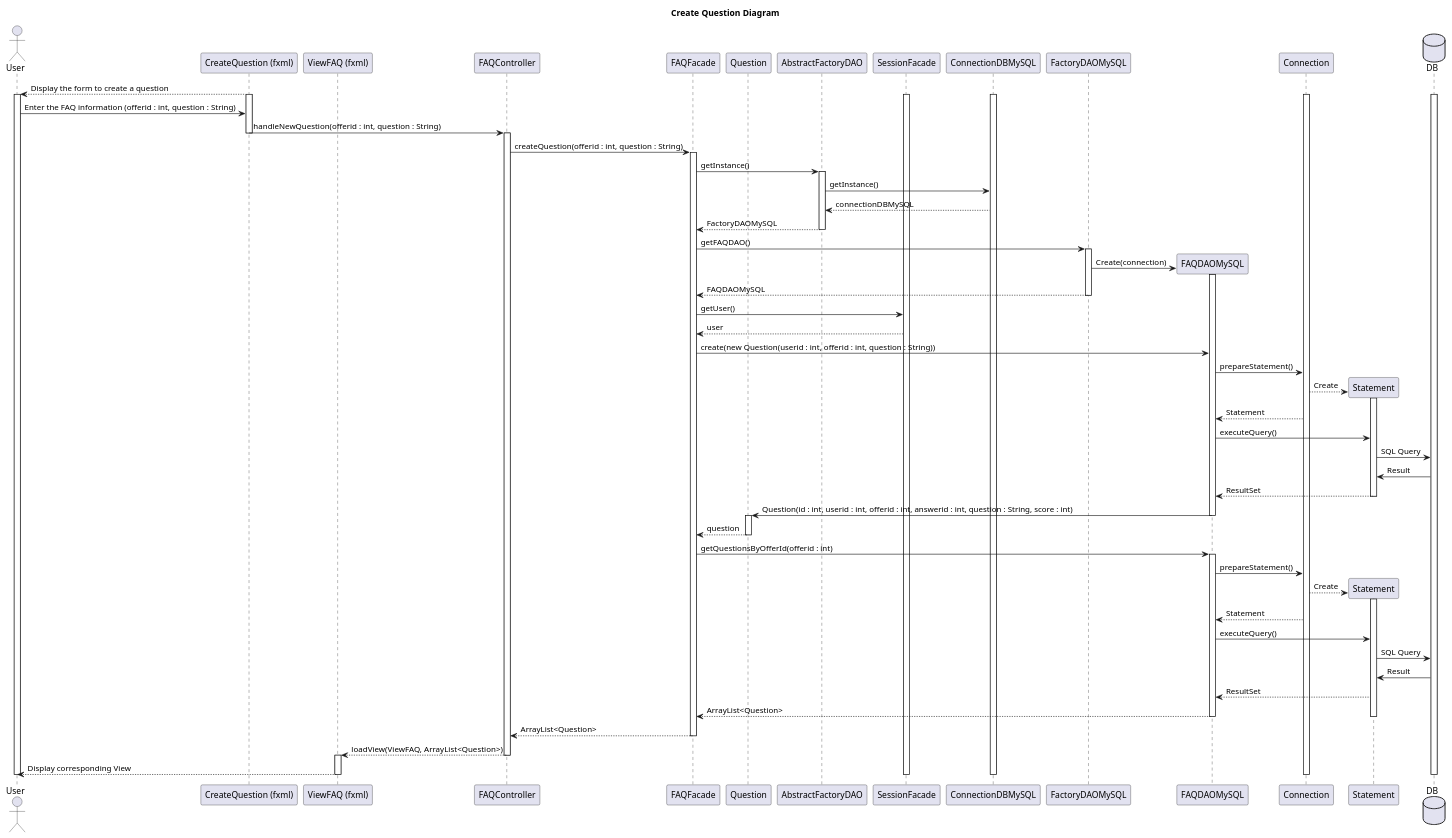
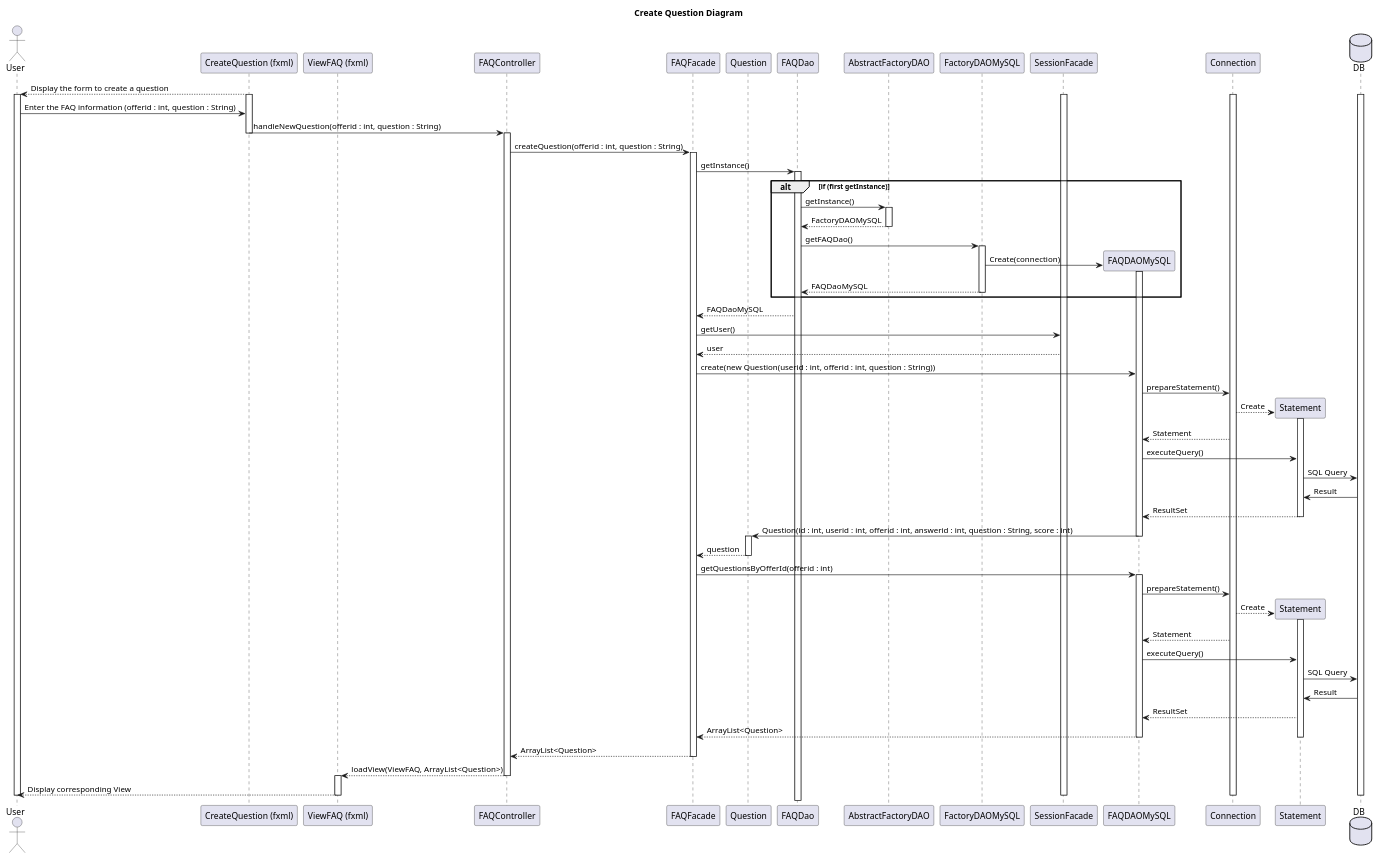
One commit to LaunoisRemy/ToolShare changed the diagram in documents/diagram/FAQ/FAQSequence.puml. Above: the diagram before and after it, drawn with PlantUML. The commit also changed 1 other file, not shown here.

Commit message:
UPDATE FAQ Diagrams to match the Singleton

```diff
--- a/documents/diagram/FAQ/FAQSequence.puml
+++ b/documents/diagram/FAQ/FAQSequence.puml
@@ -1,145 +1,143 @@
 @startuml
 title Create Question Diagram
 
 actor User
 participant "CreateQuestion (fxml)"
 participant "ViewFAQ (fxml)"
 participant FAQController
 participant FAQFacade
 participant Question
+participant FAQDao
 participant AbstractFactoryDAO
+participant FactoryDAOMySQL
 participant SessionFacade
-participant ConnectionDBMySQL
-participant FactoryDAOMySQL
 participant FAQDAOMySQL
 participant Connection
 participant Statement
 database DB
 
 
 "CreateQuestion (fxml)"-->User: Display the form to create a question
 
 activate "CreateQuestion (fxml)"
 activate User
 activate DB
 activate Connection
-activate ConnectionDBMySQL
 activate SessionFacade
 
 
 User->"CreateQuestion (fxml)":Enter the FAQ information (offerid : int, question : String)
 
 "CreateQuestion (fxml)"->FAQController: handleNewQuestion(offerid : int, question : String)
 
 deactivate "CreateQuestion (fxml)"
 
 activate FAQController
 
 FAQController->FAQFacade:createQuestion(offerid : int, question : String)
 
 activate FAQFacade
 
-FAQFacade->AbstractFactoryDAO:getInstance()
 
-activate AbstractFactoryDAO
+FAQFacade->FAQDao : getInstance()
+alt if (first getInstance)
+    activate FAQDao
+    FAQDao -> AbstractFactoryDAO : getInstance()
+    activate AbstractFactoryDAO
+    AbstractFactoryDAO --> FAQDao : FactoryDAOMySQL
+    deactivate AbstractFactoryDAO
 
-AbstractFactoryDAO -> ConnectionDBMySQL : getInstance()
+    FAQDao -> FactoryDAOMySQL : getFAQDao()
+    activate FactoryDAOMySQL
+    FactoryDAOMySQL -> FAQDAOMySQL **:Create(connection)
+    activate FAQDAOMySQL
+    FactoryDAOMySQL --> FAQDao : FAQDaoMySQL
+    deactivate FactoryDAOMySQL
+end
+FAQDao --> FAQFacade : FAQDaoMySQL
 
-AbstractFactoryDAO <-- ConnectionDBMySQL : connectionDBMySQL
 
-AbstractFactoryDAO--> FAQFacade : FactoryDAOMySQL
 
-deactivate AbstractFactoryDAO
 
-FAQFacade -> FactoryDAOMySQL:getFAQDAO()
-
-activate FactoryDAOMySQL
-
-FactoryDAOMySQL->FAQDAOMySQL **:Create(connection)
-
-activate FAQDAOMySQL
-
-FactoryDAOMySQL-->FAQFacade:FAQDAOMySQL
 
 deactivate FactoryDAOMySQL
 
 FAQFacade->SessionFacade: getUser()
 
 SessionFacade-->FAQFacade: user
 
 FAQFacade->FAQDAOMySQL: create(new Question(userid : int, offerid : int, question : String))
 
 FAQDAOMySQL->Connection: prepareStatement()
 
 Connection-->Statement **: Create
 
 activate Statement
 
 Connection-->FAQDAOMySQL: Statement
 
 FAQDAOMySQL->Statement:executeQuery()
 
 Statement->DB: SQL Query
 
 DB->Statement:Result
 
 Statement-->FAQDAOMySQL: ResultSet
 
 deactivate Statement
 
 FAQDAOMySQL->Question: Question(id : int, userid : int, offerid : int, answerid : int, question : String, score : int)
 
 deactivate FAQDAOMySQL
 
 activate Question
 
 Question-->FAQFacade: question
 
 deactivate Question
 
 FAQFacade->FAQDAOMySQL: getQuestionsByOfferId(offerid : int)
 
 activate FAQDAOMySQL
 
 FAQDAOMySQL->Connection: prepareStatement()
 
 Connection-->Statement **: Create
 
 activate Statement
 
 Connection-->FAQDAOMySQL: Statement
 
 FAQDAOMySQL->Statement:executeQuery()
 
 Statement->DB: SQL Query
 
 DB->Statement:Result
 
 Statement-->FAQDAOMySQL: ResultSet
 
 FAQDAOMySQL-->FAQFacade: ArrayList<Question>
 
 deactivate FAQDAOMySQL
 
 deactivate Statement
 
 FAQFacade-->FAQController: ArrayList<Question>
 
 deactivate FAQFacade
 
 FAQController-->"ViewFAQ (fxml)": loadView(ViewFAQ, ArrayList<Question>)
 
 deactivate FAQController
 
 activate "ViewFAQ (fxml)"
 
 "ViewFAQ (fxml)"-->User: Display corresponding View
 
 deactivate SessionFacade
 deactivate "ViewFAQ (fxml)"
 deactivate DB
 deactivate User
-deactivate ConnectionDBMySQL
 deactivate Connection
 
 @enduml
```
